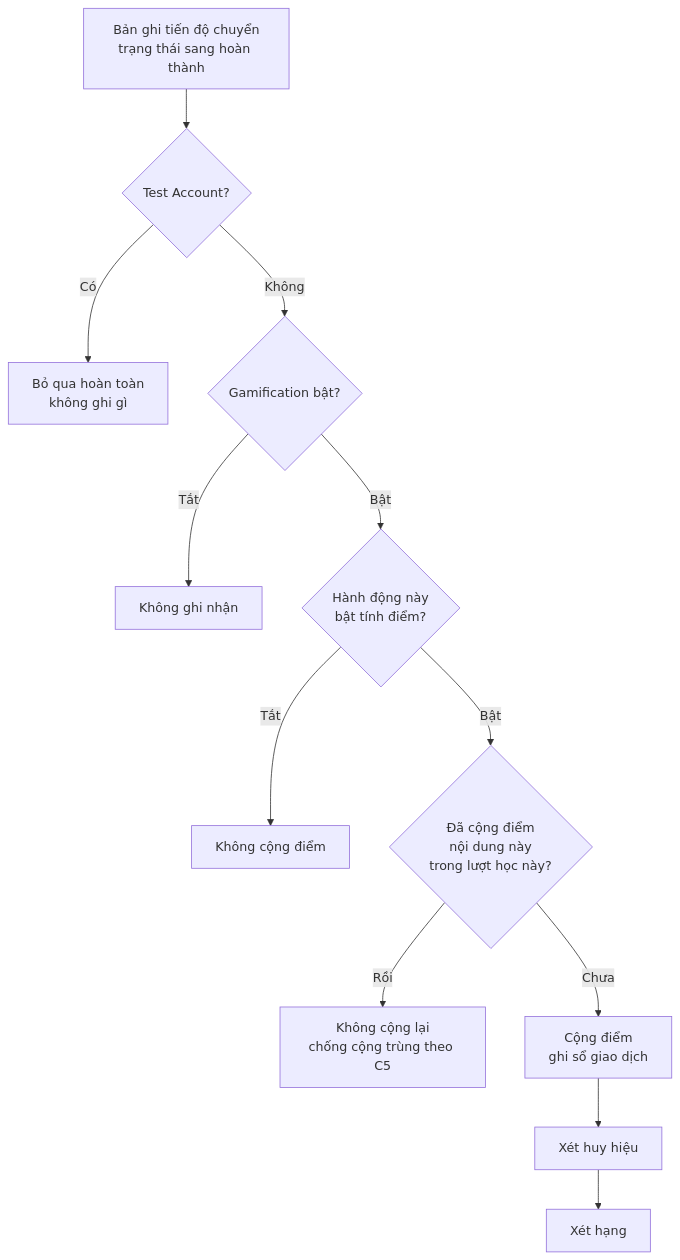
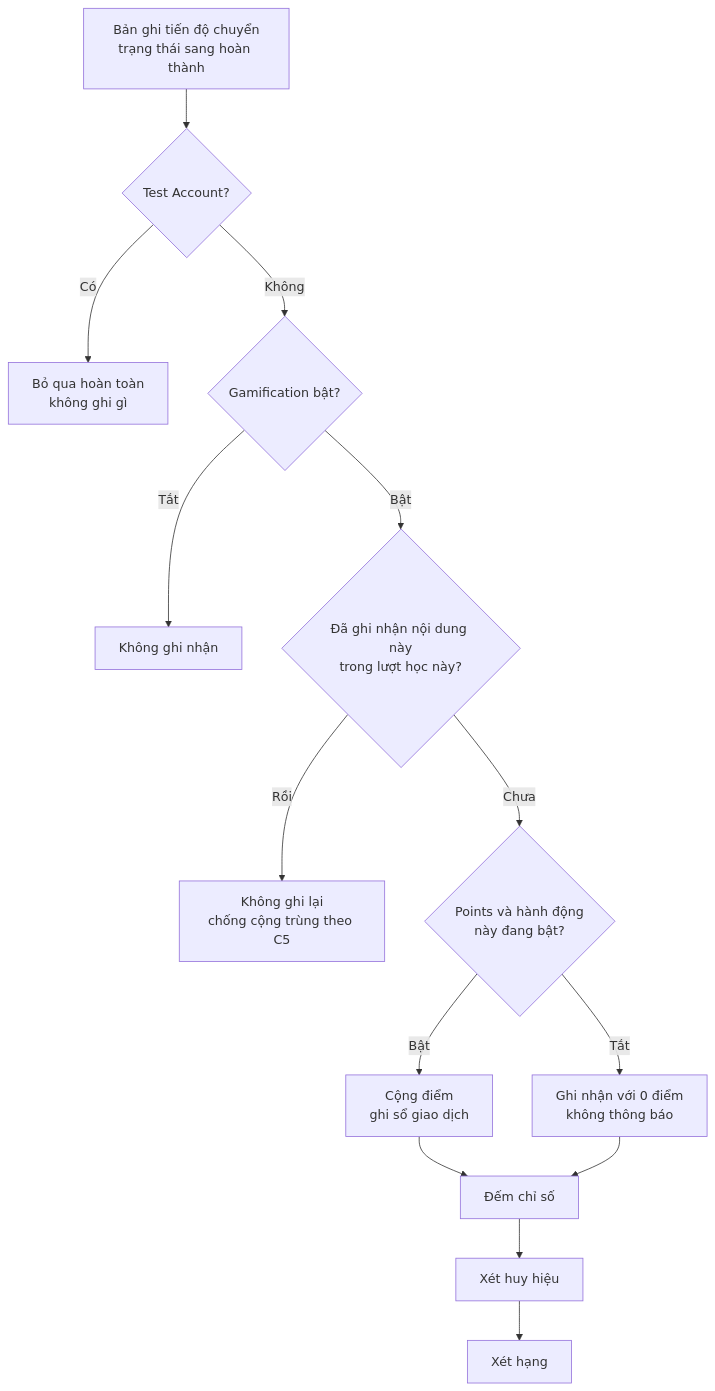
One commit to sonhero981/upbase-specs-test changed the ninth of 11 diagrams in .claude/intents/260923-gamification/inception/prd/prd.md. Above: the diagram before and after it, drawn with Mermaid. The commit also changed other lines of this file and 20 other files, not shown here.

````diff
--- a/.claude/intents/260923-gamification/inception/prd/prd.md
+++ b/.claude/intents/260923-gamification/inception/prd/prd.md
@@ -2278,14 +2414,16 @@
 ```mermaid
 flowchart TD
     S["Bản ghi tiến độ chuyển<br/>trạng thái sang hoàn thành"] --> T1{"Test Account?"}
     T1 -->|"Có"| X1["Bỏ qua hoàn toàn<br/>không ghi gì"]
     T1 -->|"Không"| T2{"Gamification bật?"}
     T2 -->|"Tắt"| X2["Không ghi nhận"]
-    T2 -->|"Bật"| T3{"Hành động này<br/>bật tính điểm?"}
-    T3 -->|"Tắt"| X3["Không cộng điểm"]
-    T3 -->|"Bật"| T4{"Đã cộng điểm<br/>nội dung này<br/>trong lượt học này?"}
-    T4 -->|"Rồi"| X4["Không cộng lại<br/>chống cộng trùng theo C5"]
-    T4 -->|"Chưa"| W["Cộng điểm<br/>ghi sổ giao dịch"]
-    W --> B1["Xét huy hiệu"]
+    T2 -->|"Bật"| T4{"Đã ghi nhận nội dung này<br/>trong lượt học này?"}
+    T4 -->|"Rồi"| X4["Không ghi lại<br/>chống cộng trùng theo C5"]
+    T4 -->|"Chưa"| T3{"Points và hành động<br/>này đang bật?"}
+    T3 -->|"Bật"| W["Cộng điểm<br/>ghi sổ giao dịch"]
+    T3 -->|"Tắt"| Z["Ghi nhận với 0 điểm<br/>không thông báo"]
+    W --> C["Đếm chỉ số"]
+    Z --> C
+    C --> B1["Xét huy hiệu"]
     B1 --> B2["Xét hạng"]
 ```
````
